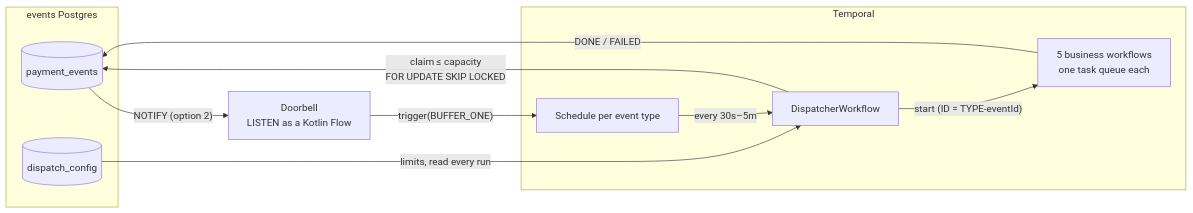
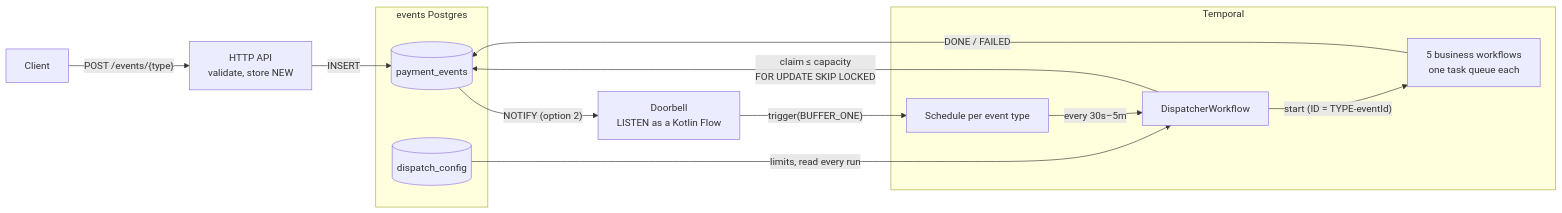
The diagram in README.md (arunav-bhattacharya/temporal-dispatcher-poc), drawn with Mermaid before and after one commit. The commit also changed other lines of this file and 6 other files, not shown here.

First line of the commit message:
Ingestion API and a live architecture diagram per option

````diff
--- a/README.md
+++ b/README.md
@@ -16,19 +16,21 @@
 ```mermaid
 flowchart LR
+    CL[Client] -- "POST /events/{type}" --> API[HTTP API<br/>validate, store NEW]
+    API -- INSERT --> T
     subgraph PG[events Postgres]
         T[(payment_events)]
         C[(dispatch_config)]
     end
     subgraph TS[Temporal]
         S1[Schedule per event type]
         D[DispatcherWorkflow]
         W[5 business workflows<br/>one task queue each]
     end
     T -- "NOTIFY (option 2)" --> B[Doorbell<br/>LISTEN as a Kotlin Flow]
     B -- "trigger(BUFFER_ONE)" --> S1
     S1 -- "every 30s–5m" --> D
     D -- "claim ≤ capacity<br/>FOR UPDATE SKIP LOCKED" --> T
     C -- "limits, read every run" --> D
     D -- "start (ID = TYPE-eventId)" --> W
     W -- "DONE / FAILED" --> T
 ```
````
